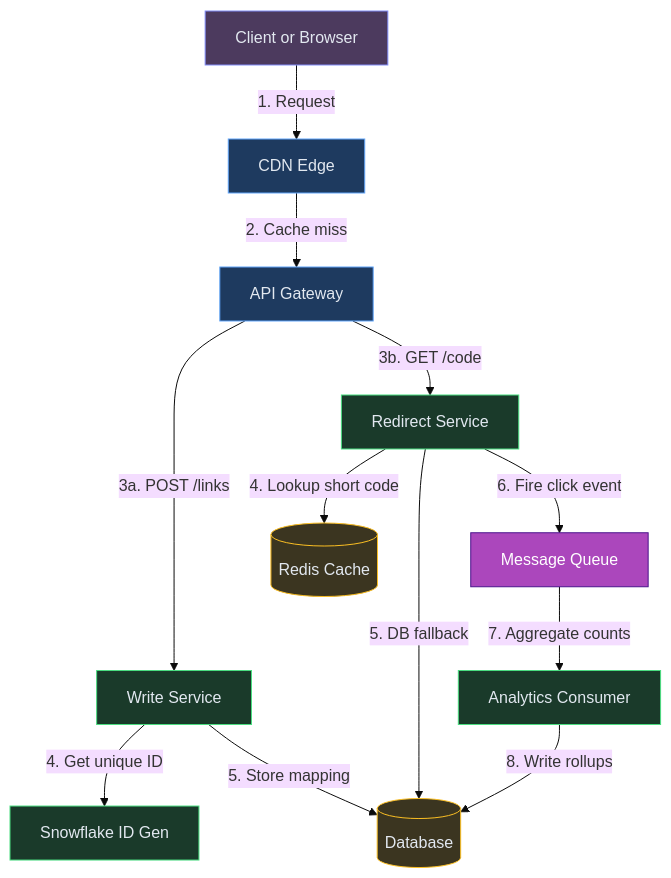
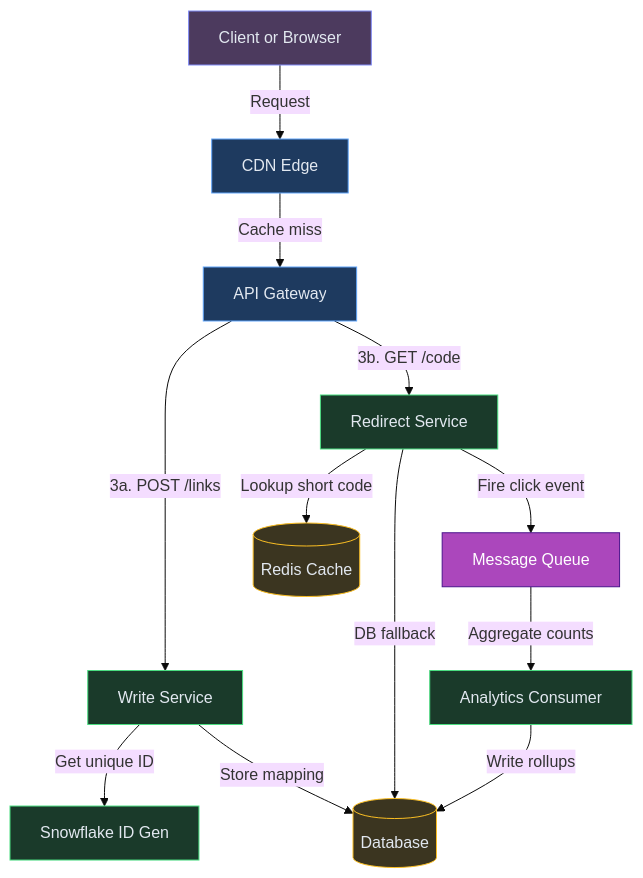
Diagram 11 of 11 in content/hld/URLShortner.md (iluzn/HLD-Designs), drawn with Mermaid (base theme) before and after one commit. The commit also changed 26 other files, not shown here.

First line of the commit message:
fix(hld): Remove confusing number prefixes from final architecture diagrams

````diff
--- a/content/hld/URLShortner.md
+++ b/content/hld/URLShortner.md
@@ -590,33 +590,33 @@
 ```mermaid
 flowchart TD
     CLIENT["Client or Browser"]:::client
     CDN["CDN Edge"]:::edge
     GW["API Gateway"]:::edge
 
     WS["Write Service"]:::service
     RS["Redirect Service"]:::service
     IDG["Snowflake ID Gen"]:::service
     CONSUMER["Analytics Consumer"]:::service
 
     REDIS[("Redis Cache")]:::data
     DB[("Database")]:::data
     Q["Message Queue"]:::async
 
-    CLIENT -->|"1. Request"| CDN
-    CDN -->|"2. Cache miss"| GW
+    CLIENT -->|"Request"| CDN
+    CDN -->|"Cache miss"| GW
     GW -->|"3a. POST /links"| WS
     GW -->|"3b. GET /code"| RS
-    WS -->|"4. Get unique ID"| IDG
-    WS -->|"5. Store mapping"| DB
-    RS -->|"4. Lookup short code"| REDIS
-    RS -->|"5. DB fallback"| DB
-    RS -->|"6. Fire click event"| Q
-    Q -->|"7. Aggregate counts"| CONSUMER
-    CONSUMER -->|"8. Write rollups"| DB
+    WS -->|"Get unique ID"| IDG
+    WS -->|"Store mapping"| DB
+    RS -->|"Lookup short code"| REDIS
+    RS -->|"DB fallback"| DB
+    RS -->|"Fire click event"| Q
+    Q -->|"Aggregate counts"| CONSUMER
+    CONSUMER -->|"Write rollups"| DB
 
     classDef client fill:#4c3a5e,stroke:#818cf8,color:#e2e8f0
     classDef edge fill:#1e3a5f,stroke:#60a5fa,color:#e2e8f0
     classDef service fill:#1a3a2a,stroke:#4ade80,color:#e2e8f0
     classDef async fill:#AB47BC,stroke:#4A148C,color:#fff
     classDef data fill:#3b3520,stroke:#fbbf24,color:#e2e8f0
 ```
````
